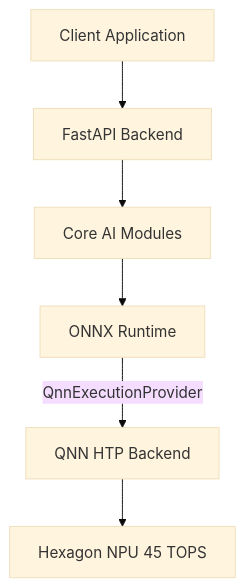
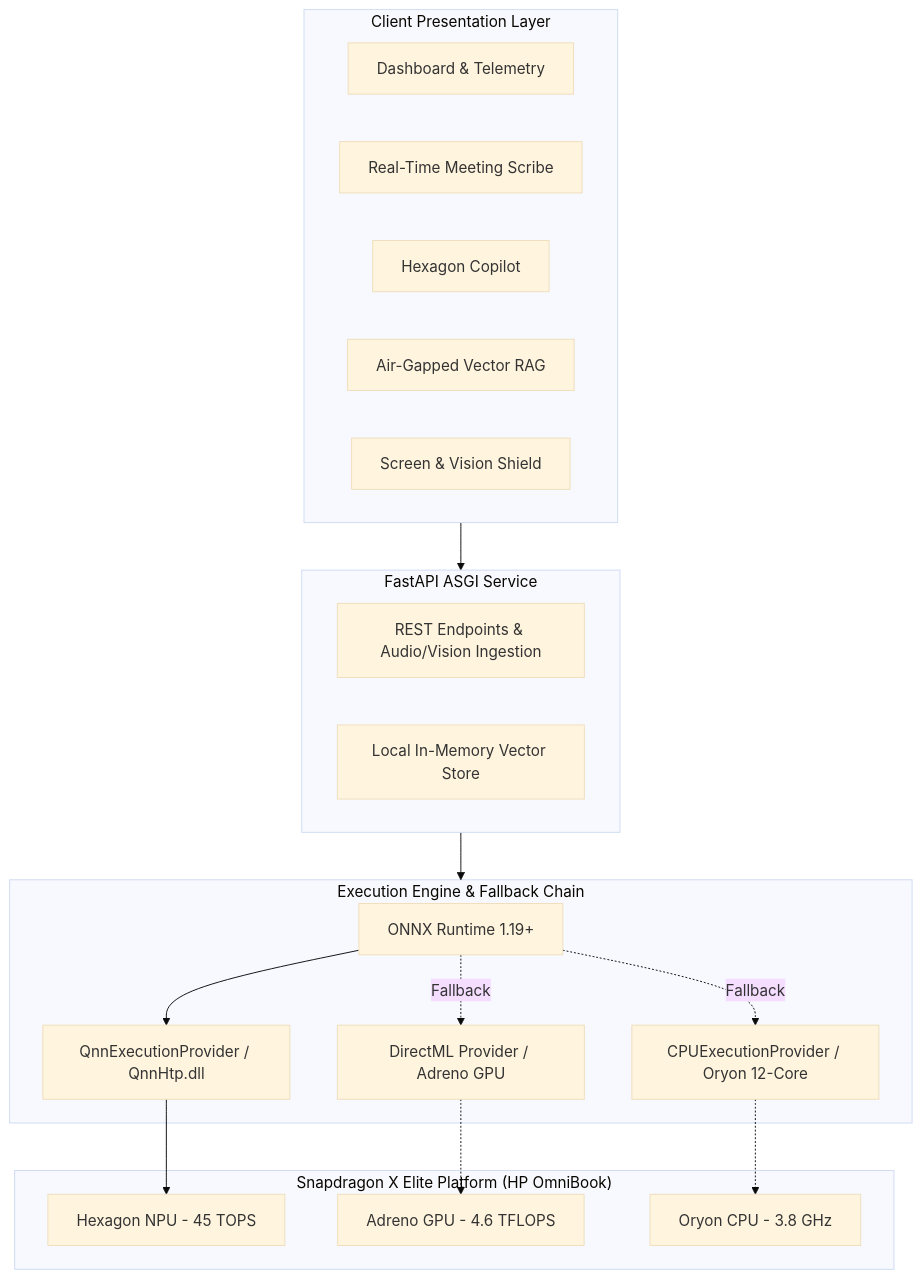
The diagram in README.md (AnuragKannojiya/OmniSnap-AI), drawn with Mermaid (base theme) before and after one commit. The commit also changed other lines of this file and 9 other files, not shown here.

````diff
--- a/README.md
+++ b/README.md
@@ -24,8 +25,34 @@
 ```mermaid
 flowchart TD
-    A[Client Application] --> B[FastAPI Backend]
-    B --> C[Core AI Modules]
-    C --> D[ONNX Runtime]
-    D -->|QnnExecutionProvider| E[QNN HTP Backend]
-    E --> F[Hexagon NPU 45 TOPS]
+    subgraph UI ["Client Presentation Layer"]
+        A[Dashboard & Telemetry]
+        B[Real-Time Meeting Scribe]
+        C[Hexagon Copilot]
+        D[Air-Gapped Vector RAG]
+        E[Screen & Vision Shield]
+    end
+
+    subgraph Service ["FastAPI ASGI Service"]
+        F[REST Endpoints & Audio/Vision Ingestion]
+        G[Local In-Memory Vector Store]
+    end
+
+    subgraph Runtime ["Execution Engine & Fallback Chain"]
+        H[ONNX Runtime 1.19+]
+        I[QnnExecutionProvider / QnnHtp.dll]
+        J[DirectML Provider / Adreno GPU]
+        K[CPUExecutionProvider / Oryon 12-Core]
+    end
+
+    subgraph Hardware ["Snapdragon X Elite Platform (HP OmniBook)"]
+        L[Hexagon NPU - 45 TOPS]
+        M[Adreno GPU - 4.6 TFLOPS]
+        N[Oryon CPU - 3.8 GHz]
+    end
+
+    UI --> Service
+    Service --> Runtime
+    H --> I --> L
+    H -.->|Fallback| J -.-> M
+    H -.->|Fallback| K -.-> N
 ```
````
